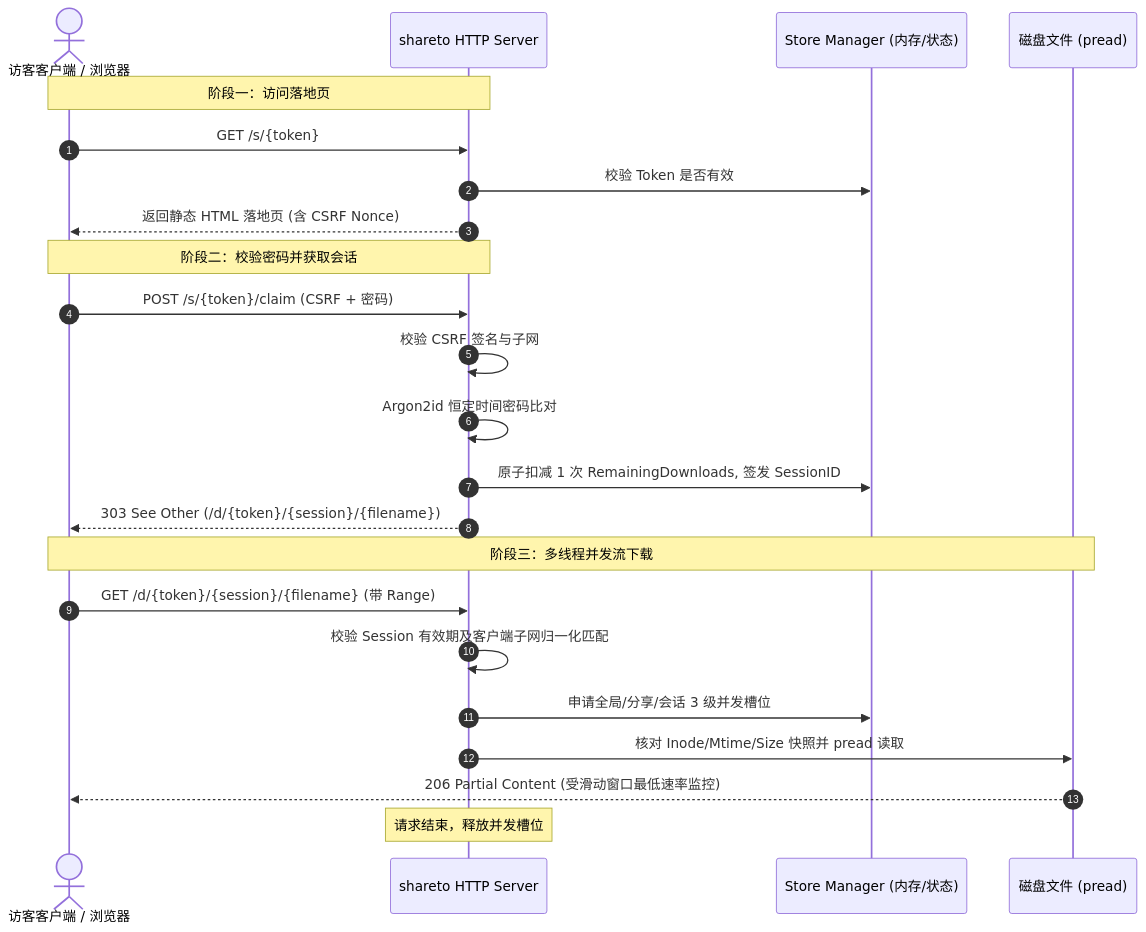
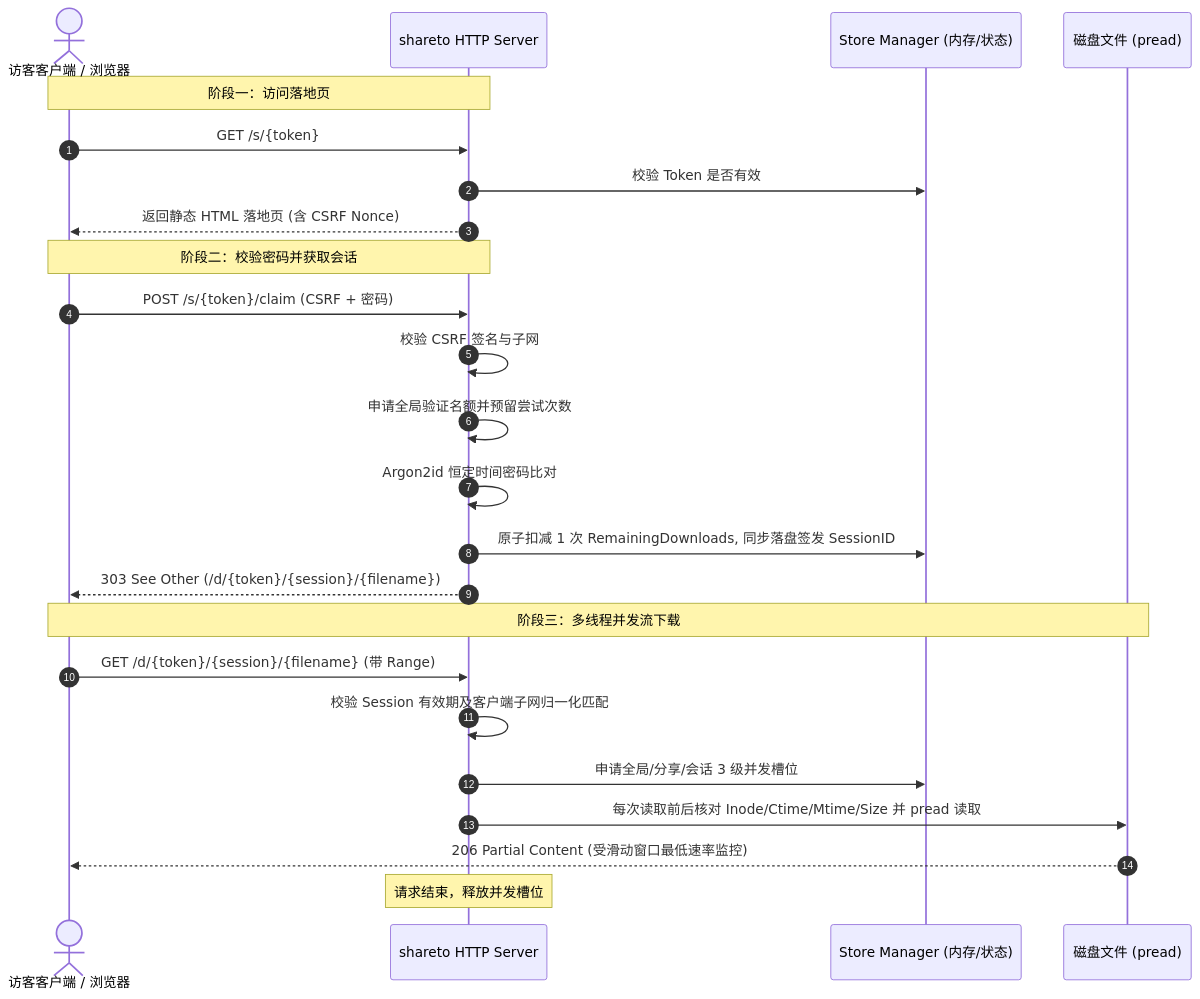
One commit to chennyso/shareto changed the diagram in README.md. Above: the diagram before and after it, drawn with Mermaid. The commit also changed other lines of this file, not shown here.

````diff
--- a/README.md
+++ b/README.md
@@ -43,28 +43,29 @@
 ```mermaid
 sequenceDiagram
     autonumber
     actor U as 访客客户端 / 浏览器
     participant S as shareto HTTP Server
     participant M as Store Manager (内存/状态)
     participant F as 磁盘文件 (pread)
 
     Note over U,S: 阶段一：访问落地页
     U->>S: GET /s/{token}
     S->>M: 校验 Token 是否有效
     S-->>U: 返回静态 HTML 落地页 (含 CSRF Nonce)
 
     Note over U,S: 阶段二：校验密码并获取会话
     U->>S: POST /s/{token}/claim (CSRF + 密码)
     S->>S: 校验 CSRF 签名与子网
+    S->>S: 申请全局验证名额并预留尝试次数
     S->>S: Argon2id 恒定时间密码比对
-    S->>M: 原子扣减 1 次 RemainingDownloads, 签发 SessionID
+    S->>M: 原子扣减 1 次 RemainingDownloads, 同步落盘签发 SessionID
     S-->>U: 303 See Other (/d/{token}/{session}/{filename})
 
     Note over U,F: 阶段三：多线程并发流下载
     U->>S: GET /d/{token}/{session}/{filename} (带 Range)
     S->>S: 校验 Session 有效期及客户端子网归一化匹配
     S->>M: 申请全局/分享/会话 3 级并发槽位
-    S->>F: 核对 Inode/Mtime/Size 快照并 pread 读取
+    S->>F: 每次读取前后核对 Inode/Ctime/Mtime/Size 并 pread 读取
     F-->>U: 206 Partial Content (受滑动窗口最低速率监控)
     Note over S: 请求结束，释放并发槽位
 ```
````
